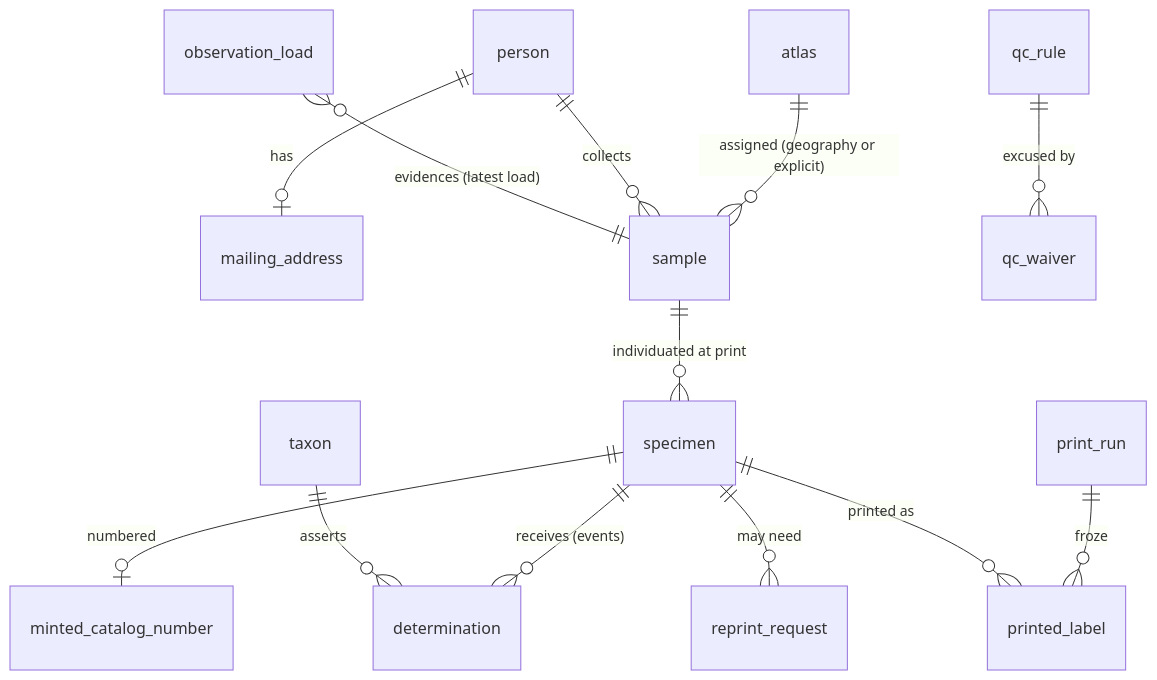
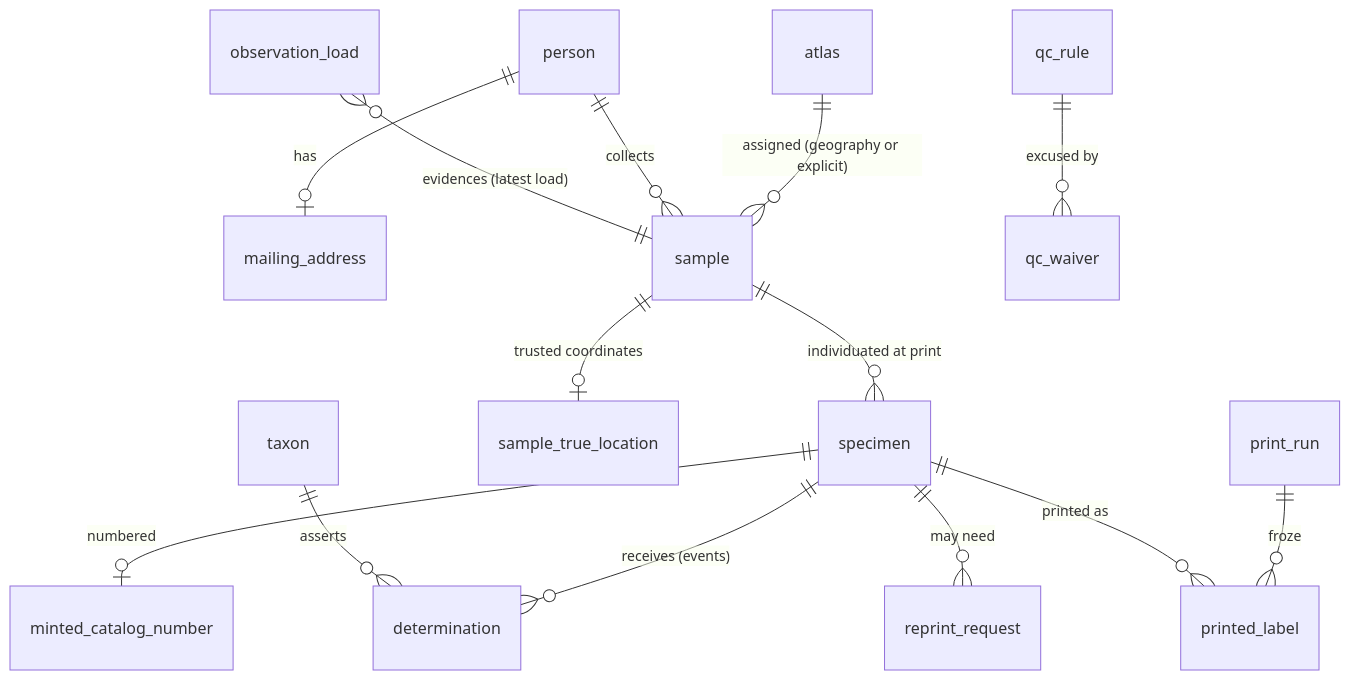
One commit to rainhead/beeline changed the diagram in docs/schema-sketch.md. Above: the diagram before and after it, drawn with Mermaid. The commit also changed other lines of this file and 2 other files, not shown here.

````diff
--- a/docs/schema-sketch.md
+++ b/docs/schema-sketch.md
@@ -13,15 +13,16 @@
 ```mermaid
 erDiagram
     person ||--o| mailing_address : "has"
     atlas ||--o{ sample : "assigned (geography or explicit)"
     person ||--o{ sample : "collects"
     sample ||--o{ specimen : "individuated at print"
+    sample ||--o| sample_true_location : "trusted coordinates"
     observation_load }o--|| sample : "evidences (latest load)"
     specimen ||--o{ determination : "receives (events)"
     taxon ||--o{ determination : "asserts"
     specimen ||--o| minted_catalog_number : "numbered"
     print_run ||--o{ printed_label : "froze"
     specimen ||--o{ printed_label : "printed as"
     specimen ||--o{ reprint_request : "may need"
     qc_rule ||--o{ qc_waiver : "excused by"
 ```
````
